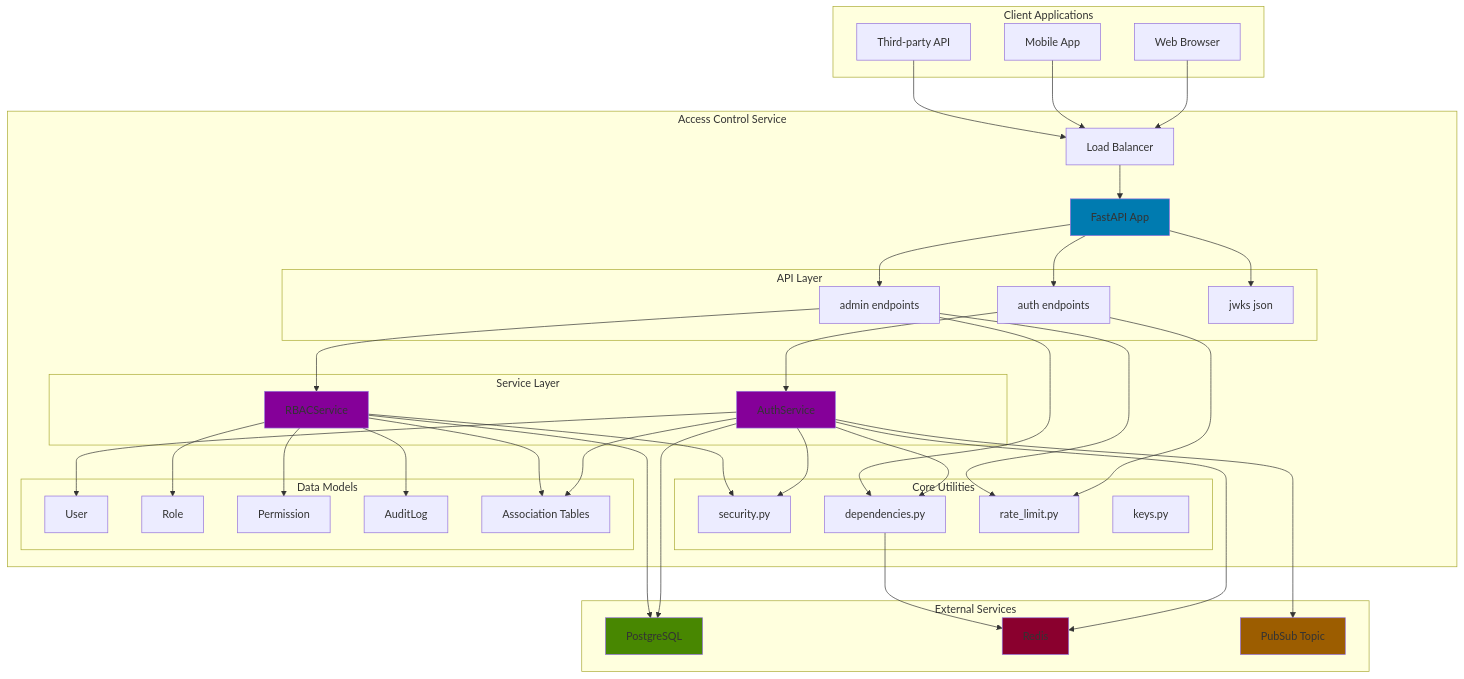
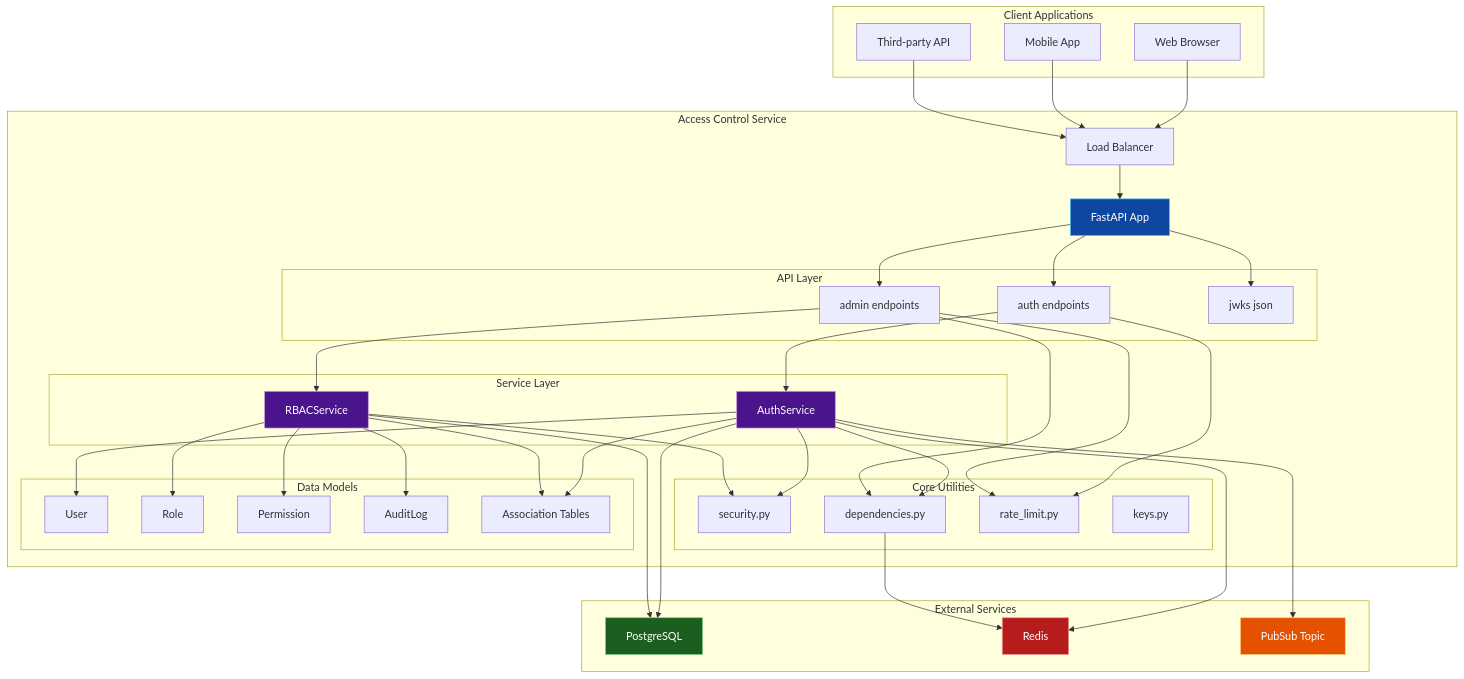
One commit to anaswaleedtahir/kosmos-ecommerce changed the second of 6 diagrams in docs/01-system-architecture.md. Above: the diagram before and after it, drawn with Mermaid. The commit also changed other lines of this file, not shown here.

First line of the commit message:
docs(architecture): rewrite system architecture diagram to mermaid

````diff
--- a/docs/01-system-architecture.md
+++ b/docs/01-system-architecture.md
@@ -204,10 +210,10 @@
 
     AUTH_SVC --> PUBSUB
 
-    style API1 fill:#007bb0
-    style AUTH_SVC fill:#850099
-    style RBAC_SVC fill:#850099
-    style PG fill:#488701
-    style REDIS fill:#8a002e
-    style PUBSUB fill:#9c5d00
+    style API1 fill:#0d47a1,stroke:#4fc3f7,color:#ffffff
+    style AUTH_SVC fill:#4a148c,stroke:#ce93d8,color:#ffffff
+    style RBAC_SVC fill:#4a148c,stroke:#ce93d8,color:#ffffff
+    style PG fill:#1b5e20,stroke:#81c784,color:#ffffff
+    style REDIS fill:#b71c1c,stroke:#ef9a9a,color:#ffffff
+    style PUBSUB fill:#e65100,stroke:#ffcc80,color:#ffffff
 ```
````
